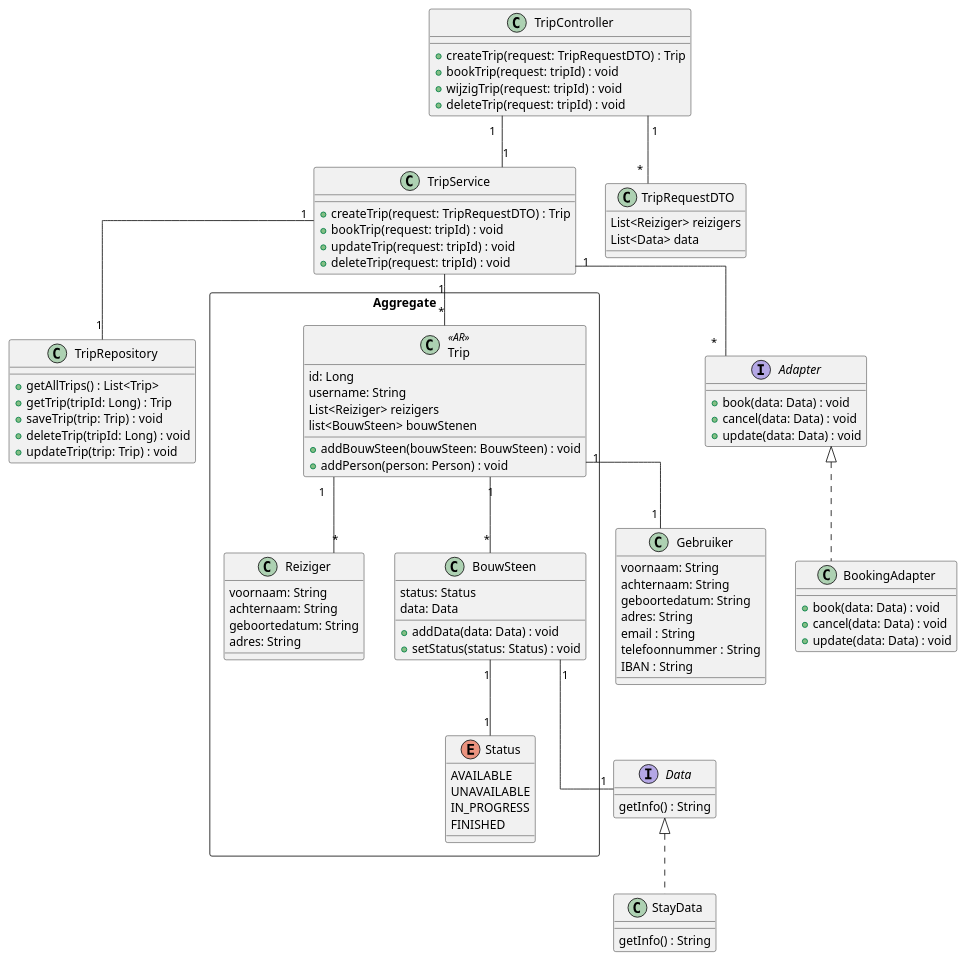
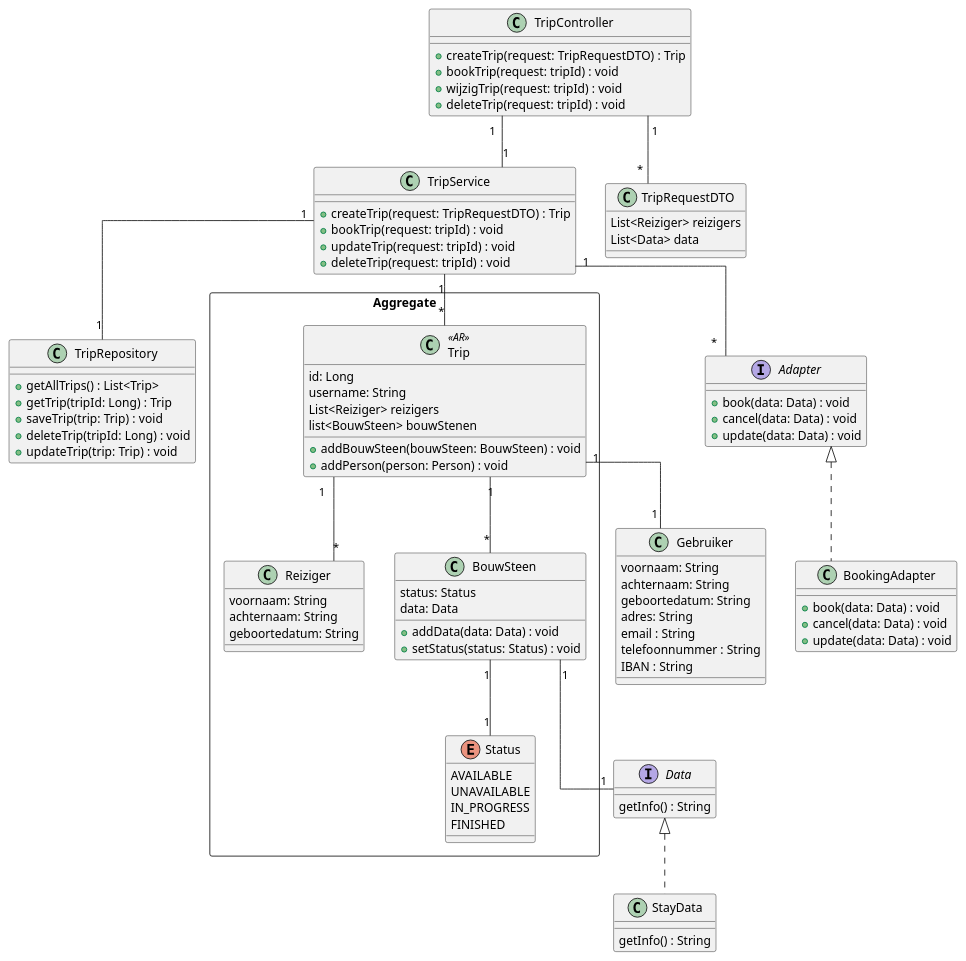
Before and after one commit to AIM-ENE-feb25/triptop-livingin-s-pain-nouri-siebe-boris: the diagram in opdracht-diagrammen/Groeps-diagram/ClassDiagram.puml, drawn with PlantUML. The commit also changed 1 other file, not shown here.

```diff
--- a/opdracht-diagrammen/Groeps-diagram/ClassDiagram.puml
+++ b/opdracht-diagrammen/Groeps-diagram/ClassDiagram.puml
@@ -1,122 +1,121 @@
 @startuml
 'https://plantuml.com/class-diagram
 skinparam linetype ortho
 
 class TripController {
     +createTrip(request: TripRequestDTO) : Trip
     +bookTrip(request: tripId) : void
     +wijzigTrip(request: tripId) : void
     +deleteTrip(request: tripId) : void
 }
 
 class TripService {
     +createTrip(request: TripRequestDTO) : Trip
     +bookTrip(request: tripId) : void
     +updateTrip(request: tripId) : void
     +deleteTrip(request: tripId) : void
 
 }
 
 class TripRepository {
     +getAllTrips() : List<Trip>
     +getTrip(tripId: Long) : Trip
     +saveTrip(trip: Trip) : void
     +deleteTrip(tripId: Long) : void
     +updateTrip(trip: Trip) : void
 }
 
 
 
 class Gebruiker {
     voornaam: String
     achternaam: String
     geboortedatum: String
     adres: String
     email : String
     telefoonnummer : String
     IBAN : String
 }
 
 rectangle "Aggregate" {
 
 class Trip <<AR>> {
     id: Long
     username: String
     List<Reiziger> reizigers
     list<BouwSteen> bouwStenen
     +addBouwSteen(bouwSteen: BouwSteen) : void
     +addPerson(person: Person) : void
 }
 
 
 class Reiziger {
     voornaam: String
     achternaam: String
     geboortedatum: String
-    adres: String
 }
 
 class BouwSteen {
     status: Status
     data: Data
     +addData(data: Data) : void
     +setStatus(status: Status) : void
 }
 
 enum Status {
     AVAILABLE
     UNAVAILABLE
     IN_PROGRESS
     FINISHED
 }
 
 }
 
 interface Data {
   getInfo() : String
 }
 
 class StayData implements Data {
  getInfo() : String
 }
 
 interface Adapter {
     +book(data: Data) : void
     +cancel(data: Data) : void
     +update(data: Data) : void
 }
 
 
 class BookingAdapter implements Adapter {
     +book(data: Data) : void
     +cancel(data: Data) : void
     +update(data: Data) : void
 }
 
 
 
 class TripRequestDTO {
     List<Reiziger> reizigers
     List<Data> data
 }
 
 
 
 TripController "1" -- "1" TripService
 TripService "1" -- "1" TripRepository
 TripController "1" -- "*" TripRequestDTO
 
 TripService "1" -- "*" Trip
 TripService "1" -- "*" Adapter
 
 
 BouwSteen "1" -- "1" Data
 BouwSteen "1" -- "1" Status
 Trip "1" -- "*" BouwSteen
 Trip "1" -- "*" Reiziger
 Trip "1" -- "1" Gebruiker
 
 
 
 
 @enduml
```
